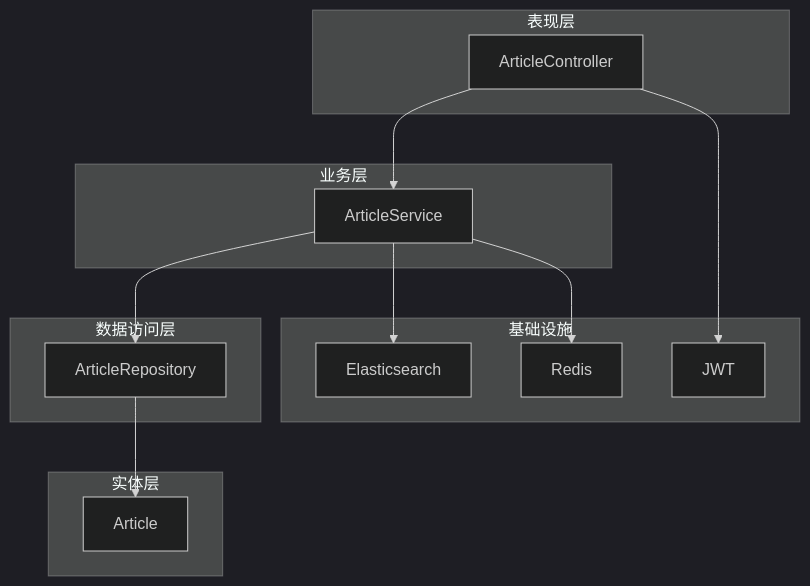
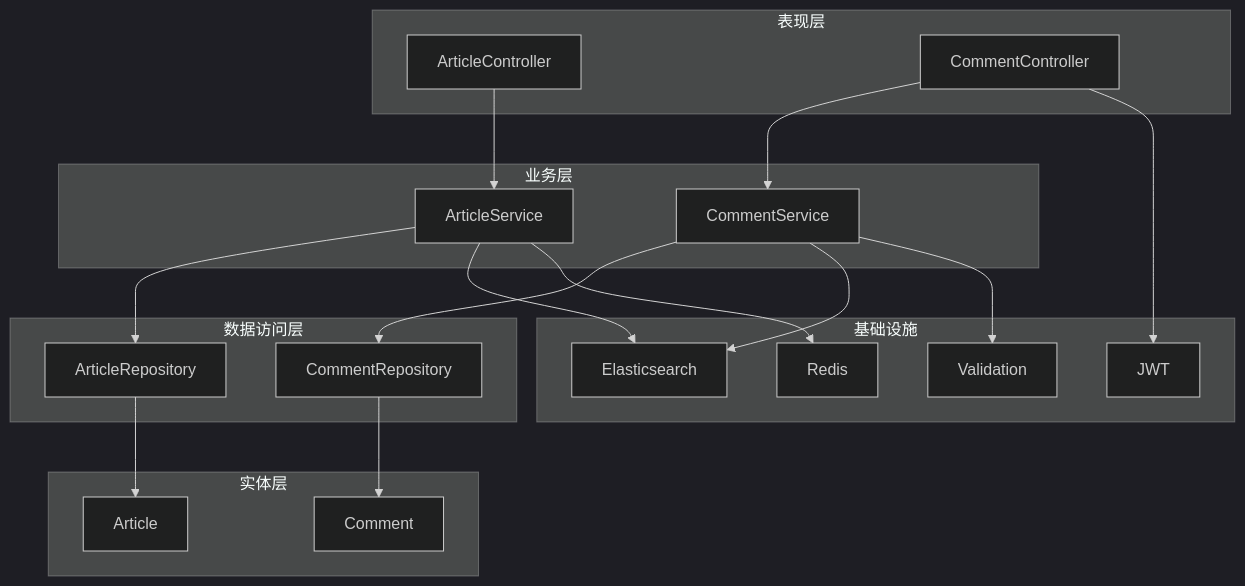
Diagram 17 of 17 in .qoder/repowiki/zh/content/Article Detail View.md (20164206160/zhishilu), drawn with Mermaid (dark theme) before and after one commit. The commit also changed other lines of this file and 4 other files, not shown here.

````diff
--- a/.qoder/repowiki/zh/content/Article Detail View.md
+++ b/.qoder/repowiki/zh/content/Article Detail View.md
@@ -652,26 +779,36 @@
 ```mermaid
 graph TB
 subgraph "表现层"
 A[ArticleController]
+B[CommentController]
 end
 subgraph "业务层"
-B[ArticleService]
+C[ArticleService]
+D[CommentService]
 end
 subgraph "数据访问层"
-C[ArticleRepository]
+E[ArticleRepository]
+F[CommentRepository]
 end
 subgraph "实体层"
-D[Article]
+G[Article]
+H[Comment]
 end
 subgraph "基础设施"
-E[Elasticsearch]
-F[Redis]
-G[JWT]
+I[Elasticsearch]
+J[Redis]
+K[JWT]
+L[Validation]
 end
-A --> B
-B --> C
-C --> D
-B --> E
-B --> F
-A --> G
+A --> C
+B --> D
+C --> E
+D --> F
+E --> G
+F --> H
+C --> I
+D --> I
+C --> J
+B --> K
+D --> L
 ```
````
